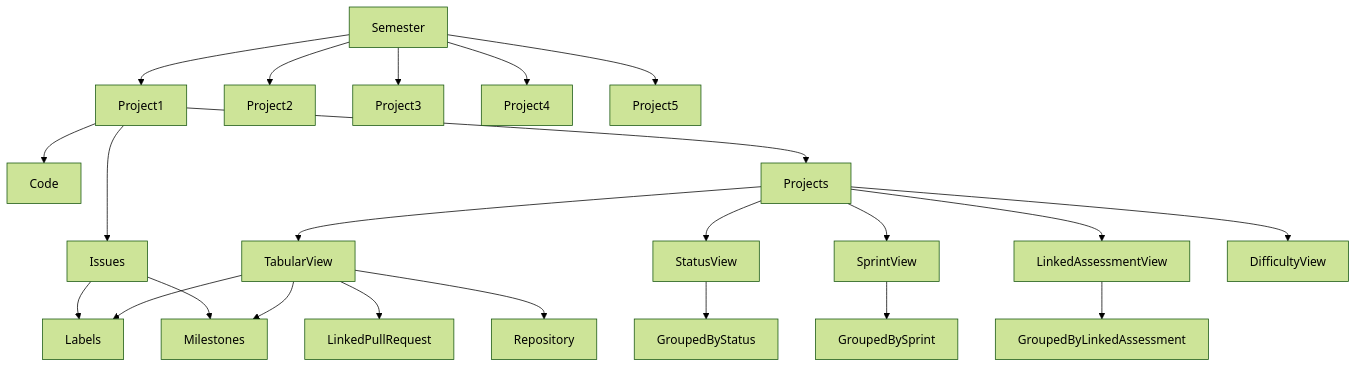
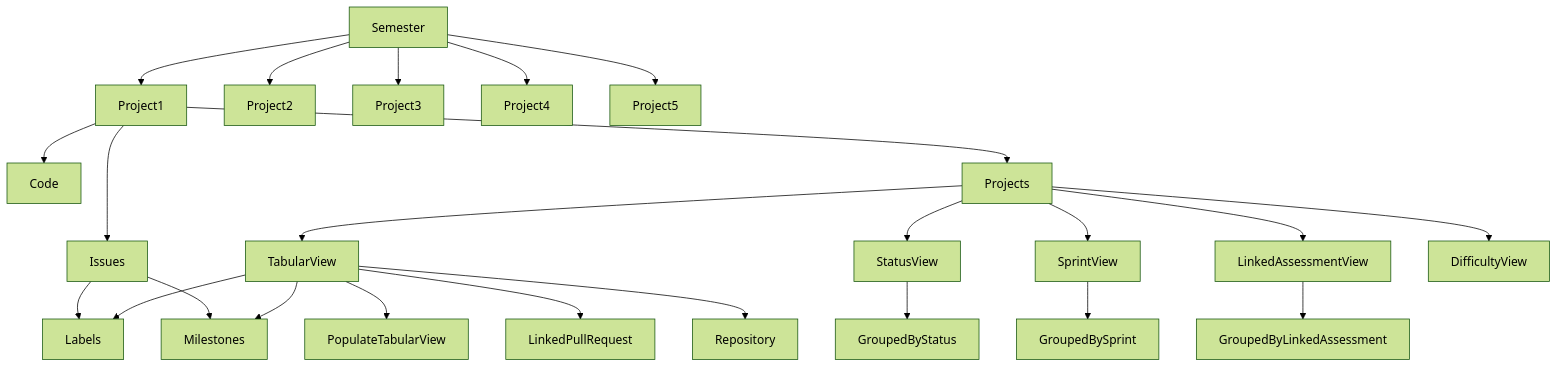
The diagram in README.md (Mosotho888/CMPG-323-Overview---35551178), drawn with Mermaid (forest theme) before and after one commit.

````diff
--- a/README.md
+++ b/README.md
@@ -12,25 +12,26 @@
 ```mermaid
 graph TB;
       Semester-->Project1;
       Semester-->Project2;
       Semester-->Project3;
       Semester-->Project4;
       Semester-->Project5;
       Project1-->Code;
       Project1-->Issues;
       Project1-->Projects;
       Issues-->Labels;
       Issues-->Milestones;
       Projects-->TabularView;
       Projects-->StatusView;
       Projects-->SprintView;
       Projects-->LinkedAssessmentView;
       Projects-->DifficultyView;
+      TabularView-->PopulateTabularView;
       TabularView-->Milestones;
       TabularView-->Labels;
       TabularView-->LinkedPullRequest;
       TabularView-->Repository;
       StatusView-->GroupedByStatus;
       SprintView-->GroupedBySprint;
       LinkedAssessmentView-->GroupedByLinkedAssessment;
 ```
````
